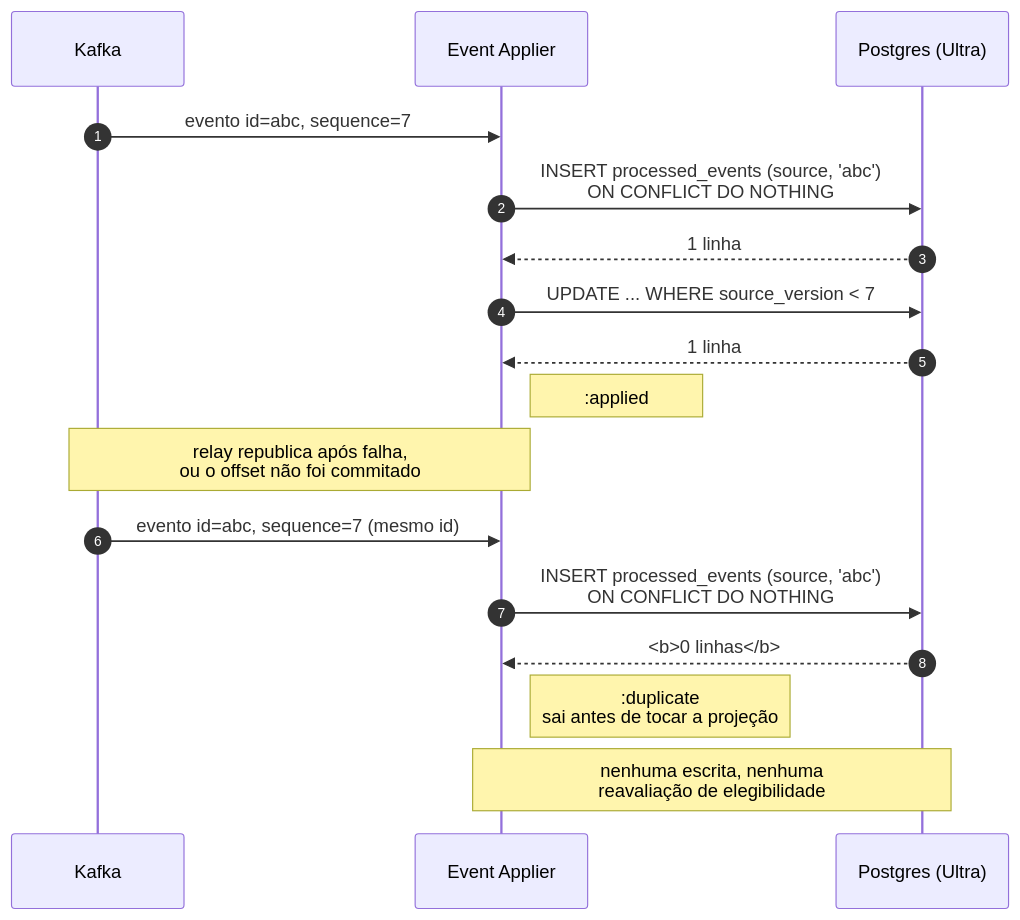
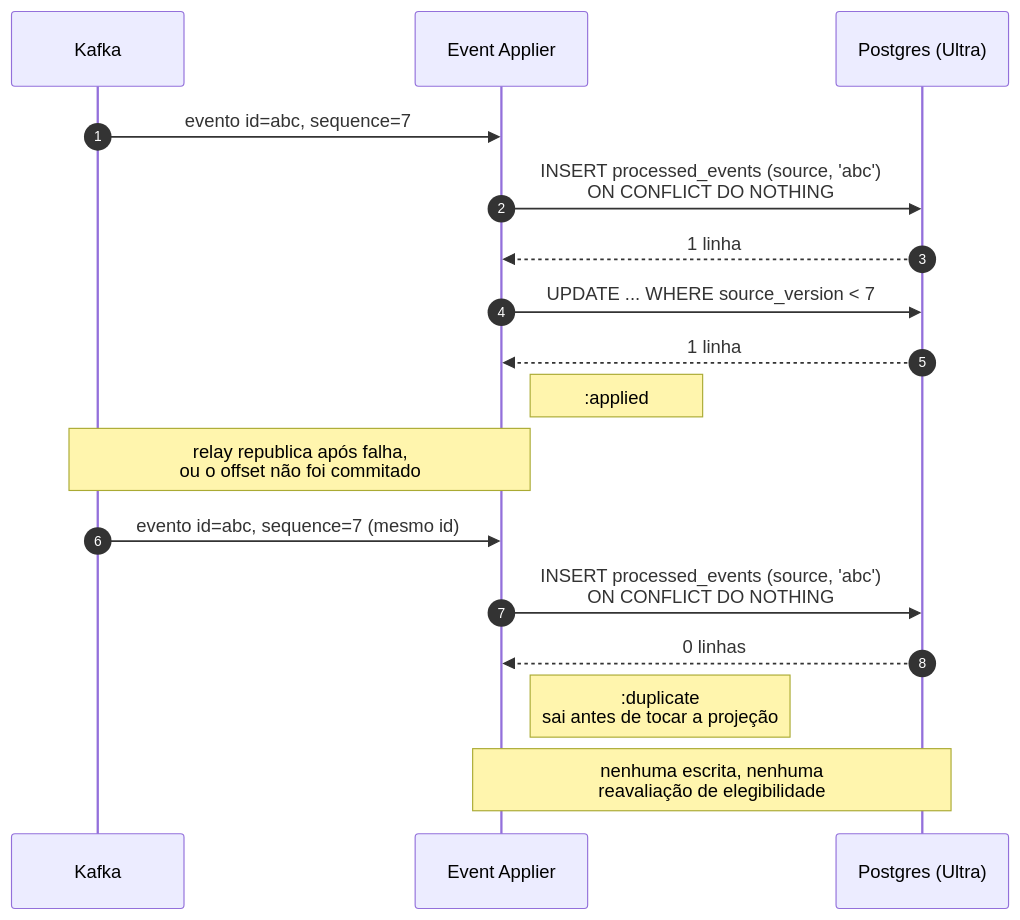
Before and after one commit to elysonromeiro/luizalabs-driver-sync-sdd: the fifth of 6 diagrams in docs/01-arquitetura.md, drawn with Mermaid. The commit also changed other lines of this file and 5 other files, not shown here.

````diff
--- a/docs/01-arquitetura.md
+++ b/docs/01-arquitetura.md
@@ -207,22 +207,22 @@
 ```mermaid
 sequenceDiagram
     autonumber
     participant K as Kafka
     participant A as Event Applier
     participant PG as Postgres (Ultra)
 
     K->>A: evento id=abc, sequence=7
     A->>PG: INSERT processed_events (source, 'abc')<br/>ON CONFLICT DO NOTHING
     PG-->>A: 1 linha
     A->>PG: UPDATE ... WHERE source_version < 7
     PG-->>A: 1 linha
     Note right of A: :applied
 
     Note over K,A: relay republica após falha,<br/>ou o offset não foi commitado
 
     K->>A: evento id=abc, sequence=7 (mesmo id)
     A->>PG: INSERT processed_events (source, 'abc')<br/>ON CONFLICT DO NOTHING
-    PG-->>A: <b>0 linhas</b>
+    PG-->>A: 0 linhas
     Note right of A: :duplicate<br/>sai antes de tocar a projeção
     Note over A,PG: nenhuma escrita, nenhuma<br/>reavaliação de elegibilidade
 ```
````
